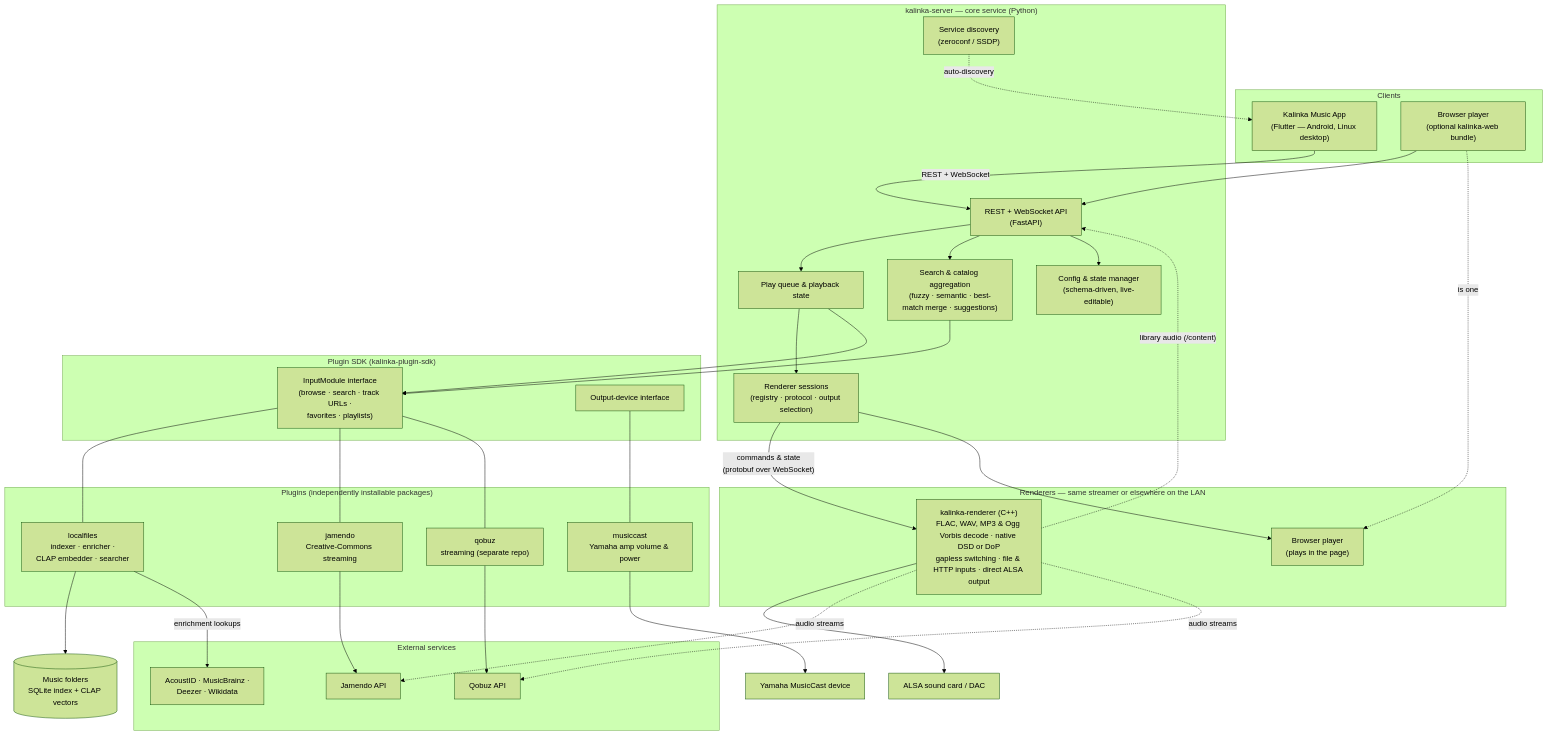
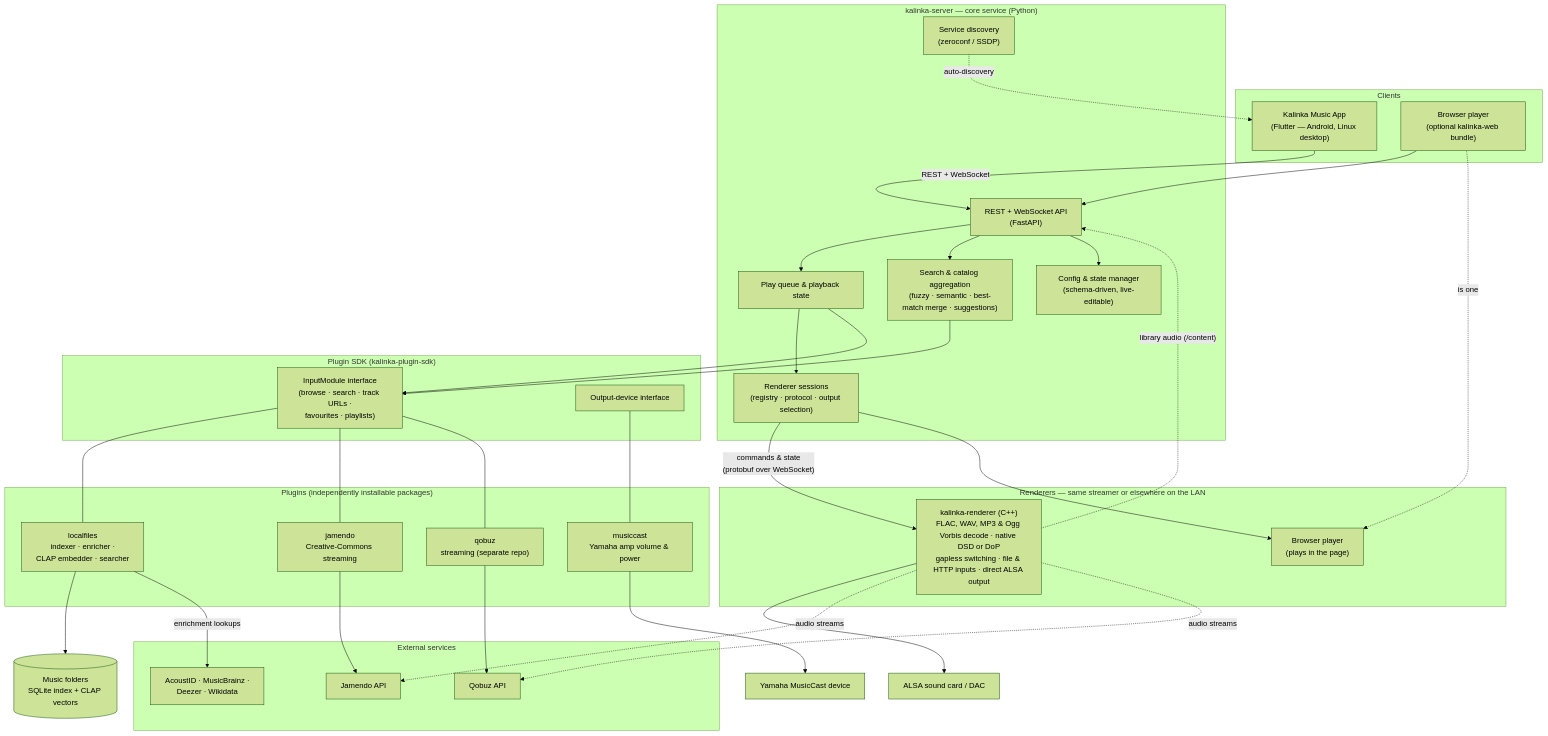
One commit to Kalinka-Player/KalinkaPlayer changed the diagram in docs/what-is-kalinka.md. Above: the diagram before and after it, drawn with Mermaid (forest theme). The commit also changed other lines of this file and 9 other files, not shown here.

````diff
--- a/docs/what-is-kalinka.md
+++ b/docs/what-is-kalinka.md
@@ -52,72 +52,72 @@
 ```mermaid
 flowchart TD
     subgraph CLIENTS["Clients"]
         APP["Kalinka Music App<br/>(Flutter — Android, Linux desktop)"]
         WEB["Browser player<br/>(optional kalinka-web bundle)"]
     end
 
     subgraph CORE["kalinka-server — core service (Python)"]
         API["REST + WebSocket API<br/>(FastAPI)"]
         DISC["Service discovery<br/>(zeroconf / SSDP)"]
         QUEUE["Play queue &amp; playback state"]
         SEARCH["Search &amp; catalog aggregation<br/>(fuzzy · semantic · best-match merge · suggestions)"]
         CONF["Config &amp; state manager<br/>(schema-driven, live-editable)"]
         RSESS["Renderer sessions<br/>(registry · protocol · output selection)"]
     end
 
     subgraph RENDERERS["Renderers — same streamer or elsewhere on the LAN"]
         NATIVE["kalinka-renderer (C++)<br/>FLAC, WAV, MP3 &amp; Ogg Vorbis decode · native DSD or DoP<br/>gapless switching · file &amp; HTTP inputs · direct ALSA output"]
         BROWSER["Browser player<br/>(plays in the page)"]
     end
 
     subgraph SDK["Plugin SDK (kalinka-plugin-sdk)"]
-        IM["InputModule interface<br/>(browse · search · track URLs ·<br/>favorites · playlists)"]
+        IM["InputModule interface<br/>(browse · search · track URLs ·<br/>favourites · playlists)"]
         OD["Output-device interface"]
     end
 
     subgraph PLUGINS["Plugins (independently installable packages)"]
         LF["localfiles<br/>indexer · enricher ·<br/>CLAP embedder · searcher"]
         JAM["jamendo<br/>Creative-Commons streaming"]
         QOB["qobuz<br/>streaming (separate repo)"]
         MC["musiccast<br/>Yamaha amp volume &amp; power"]
     end
 
     subgraph EXT["External services"]
         META["AcoustID · MusicBrainz ·<br/>Deezer · Wikidata"]
         JAPI["Jamendo API"]
         QAPI["Qobuz API"]
     end
 
     FILES[("Music folders<br/>SQLite index + CLAP vectors")]
     DAC["ALSA sound card / DAC"]
     AMP["Yamaha MusicCast device"]
 
     APP -->|"REST + WebSocket"| API
     WEB --> API
     DISC -.->|"auto-discovery"| APP
 
     API --> QUEUE
     API --> SEARCH
     API --> CONF
     QUEUE --> RSESS
     RSESS -->|"commands &amp; state<br/>(protobuf over WebSocket)"| NATIVE
     RSESS --> BROWSER
     WEB -.->|"is one"| BROWSER
     NATIVE --> DAC
 
     SEARCH --> IM
     QUEUE --> IM
     IM --- LF
     IM --- JAM
     IM --- QOB
     OD --- MC
 
     LF --> FILES
     LF -->|"enrichment lookups"| META
     JAM --> JAPI
     QOB --> QAPI
     NATIVE -.->|"library audio (/content)"| API
     NATIVE -.->|"audio streams"| JAPI
     NATIVE -.->|"audio streams"| QAPI
     MC --> AMP
 ```
````
